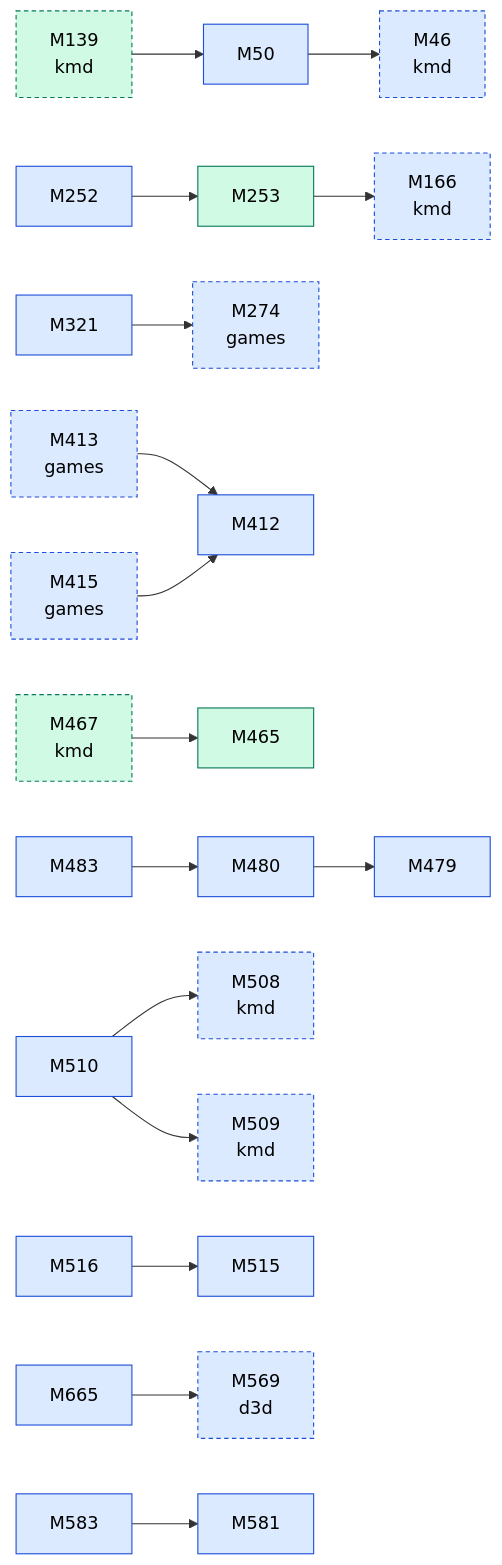
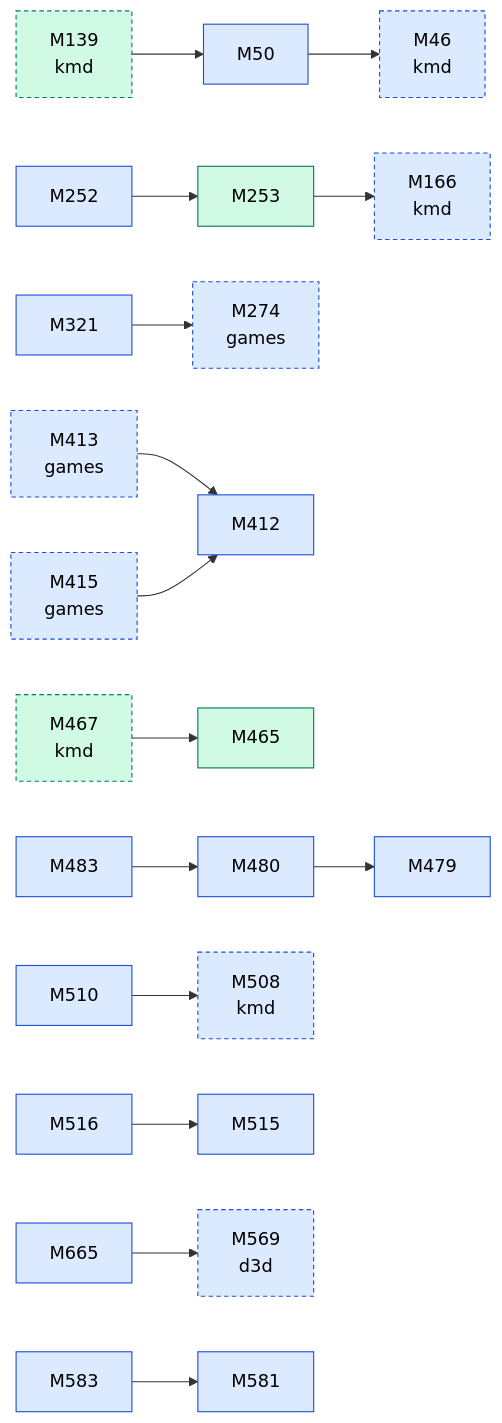
Before and after one commit to D-Ogi/amdgpu-wddm: the second of 2 diagrams in docs/facts/graphs/icd.md, drawn with Mermaid. The commit also changed other lines of this file and 5 other files, not shown here.

````diff
--- a/docs/facts/graphs/icd.md
+++ b/docs/facts/graphs/icd.md
@@ -28,49 +31,47 @@
 ```mermaid
 flowchart LR
   M46["M46<br/>kmd"]:::MEASURED
   M50["M50"]:::MEASURED
   M139["M139<br/>kmd"]:::CONFIRMED
   M166["M166<br/>kmd"]:::MEASURED
   M252["M252"]:::MEASURED
   M253["M253"]:::CONFIRMED
   M274["M274<br/>games"]:::MEASURED
   M321["M321"]:::MEASURED
   M412["M412"]:::MEASURED
   M413["M413<br/>games"]:::MEASURED
   M415["M415<br/>games"]:::MEASURED
   M465["M465"]:::CONFIRMED
   M467["M467<br/>kmd"]:::CONFIRMED
   M479["M479"]:::MEASURED
   M480["M480"]:::MEASURED
   M483["M483"]:::MEASURED
   M508["M508<br/>kmd"]:::MEASURED
-  M509["M509<br/>kmd"]:::MEASURED
   M510["M510"]:::MEASURED
   M515["M515"]:::MEASURED
   M516["M516"]:::MEASURED
   M569["M569<br/>d3d"]:::MEASURED
   M581["M581"]:::MEASURED
   M583["M583"]:::MEASURED
   M665["M665"]:::MEASURED
   M139 --> M50
   M467 --> M465
   M50 --> M46
   M252 --> M253
   M253 --> M166
   M321 --> M274
   M480 --> M479
   M483 --> M480
   M510 --> M508
-  M510 --> M509
   M516 --> M515
   M583 --> M581
   M665 --> M569
   M413 --> M412
   M415 --> M412
   classDef HYPOTHESIS fill:#fff3c4,stroke:#9a7b00,color:#000
   classDef MEASURED fill:#dbeafe,stroke:#1d4ed8,color:#000
   classDef CONFIRMED fill:#d1fae5,stroke:#047857,color:#000
   classDef REFUTED fill:#fee2e2,stroke:#b91c1c,color:#000
   classDef other stroke-dasharray:4 3
-  class M46,M139,M166,M274,M413,M415,M467,M508,M509,M569 other
+  class M46,M139,M166,M274,M413,M415,M467,M508,M569 other
 ```
````
